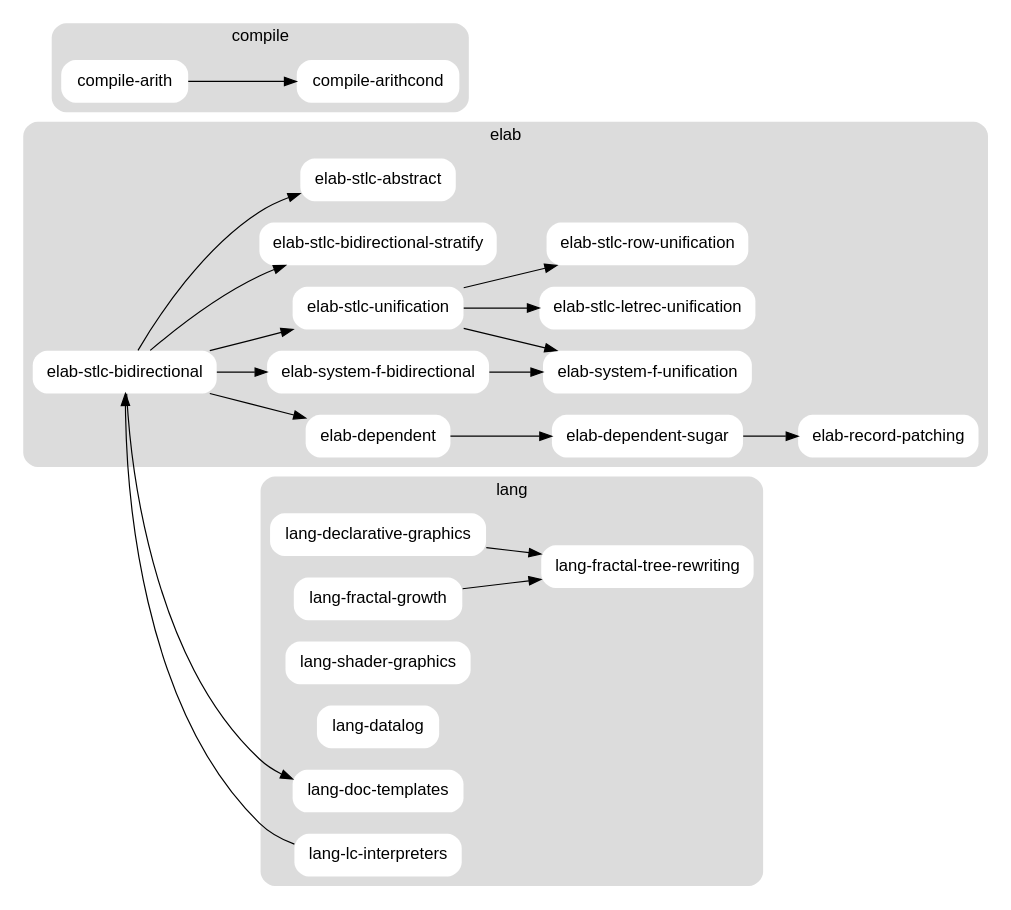
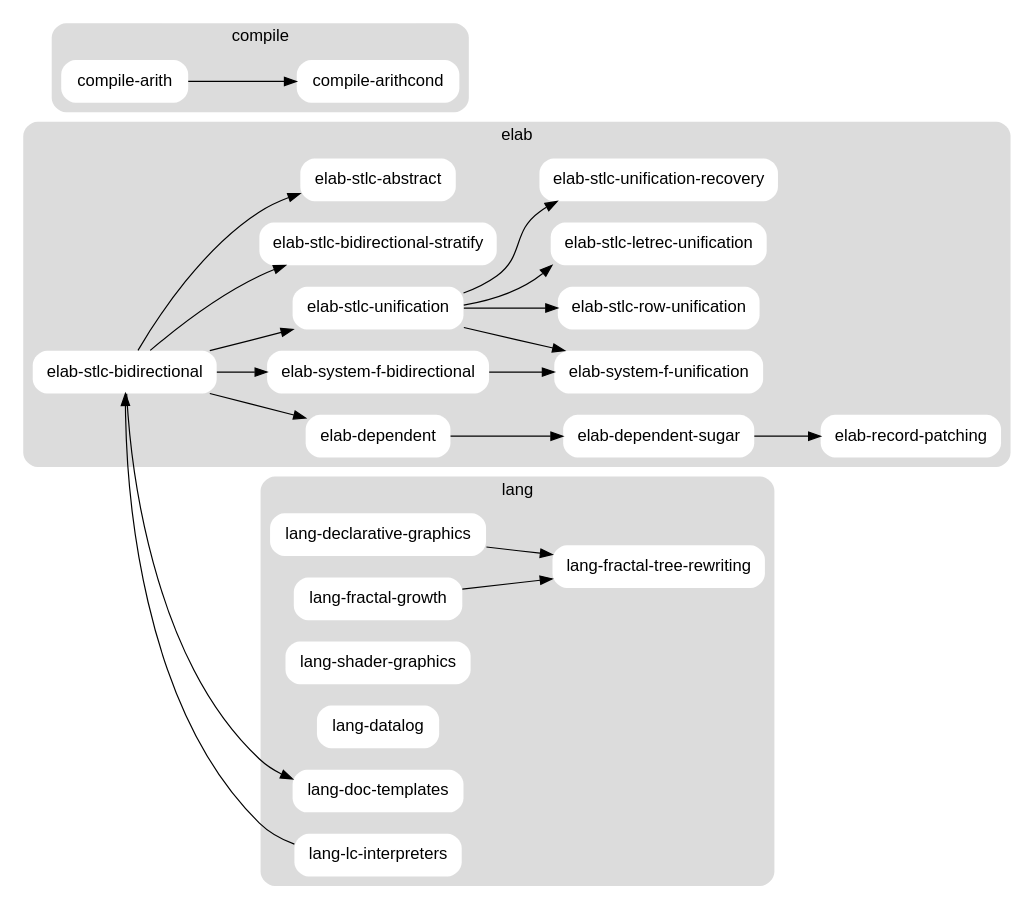
The diagram in garden.dot (brendanzab/language-garden), drawn with Graphviz before and after one commit. The commit also changed 13 other files, not shown here.

Commit message:
feat(elab-stlc-unification-recovery): Create error recovery project

```diff
--- a/garden.dot
+++ b/garden.dot
@@ -1,80 +1,82 @@
 // dot -Tsvg garden.dot > garden.svg
 // dot -Tpng garden.dot | imgcat
 
 digraph garden {
 
   graph [
     color = "none",
     fillcolor = "gainsboro",
     fontname = "Helvetica,Arial,sans-serif",
     rankdir = LR,
     style = "filled, rounded",
   ];
 
   node [
     color = "none",
     fillcolor = "white",
     fontname = "Helvetica,Arial,sans-serif",
     margin = "0.2, 0.0",
     shape = "box",
     style = "filled, rounded",
   ];
 
   subgraph elab {
     label = "elab";
     cluster = true;
 
     "elab-dependent";
     "elab-dependent-sugar";
     "elab-record-patching";
 
     "elab-system-f-bidirectional";
     "elab-system-f-unification";
 
     "elab-stlc-bidirectional";
     "elab-stlc-unification";
-    "elab-stlc-letrec-unification";
-    "elab-stlc-row-unification";
     "elab-stlc-bidirectional-stratify";
     "elab-stlc-abstract";
+    "elab-stlc-row-unification";
+    "elab-stlc-letrec-unification";
+    "elab-stlc-unification-recovery";
   }
 
   subgraph compile {
     label = "compile";
     cluster = true;
 
     "compile-arith";
     "compile-arithcond";
   }
 
   subgraph lang {
     label = "lang";
     cluster = true;
 
     "lang-declarative-graphics";
     "lang-fractal-growth";
     "lang-fractal-tree-rewriting";
     "lang-shader-graphics";
     "lang-datalog";
     "lang-doc-templates";
     "lang-lc-interpreters";
   }
 
   "elab-stlc-bidirectional" -> "elab-stlc-bidirectional-stratify";
   "elab-stlc-bidirectional" -> "elab-stlc-unification";
   "elab-stlc-bidirectional" -> "elab-stlc-abstract";
   "elab-stlc-bidirectional" -> "elab-system-f-bidirectional";
   "elab-stlc-bidirectional" -> "elab-dependent";
   "elab-stlc-bidirectional" -> "lang-doc-templates";
-  "elab-stlc-unification" -> "elab-stlc-letrec-unification";
+  "elab-stlc-unification" -> "elab-stlc-unification-recovery";
+  "elab-stlc-unification" -> "elab-stlc-letrec-unification":sw;
   "elab-stlc-unification" -> "elab-stlc-row-unification";
   "elab-stlc-unification" -> "elab-system-f-unification";
   "elab-system-f-bidirectional" -> "elab-system-f-unification";
   "elab-dependent" -> "elab-dependent-sugar";
   "elab-dependent-sugar" -> "elab-record-patching";
   "compile-arith" -> "compile-arithcond";
   "lang-lc-interpreters" -> "elab-stlc-bidirectional";
   "lang-fractal-growth" -> "lang-fractal-tree-rewriting";
   "lang-declarative-graphics" -> "lang-fractal-tree-rewriting";
 
 }
```
